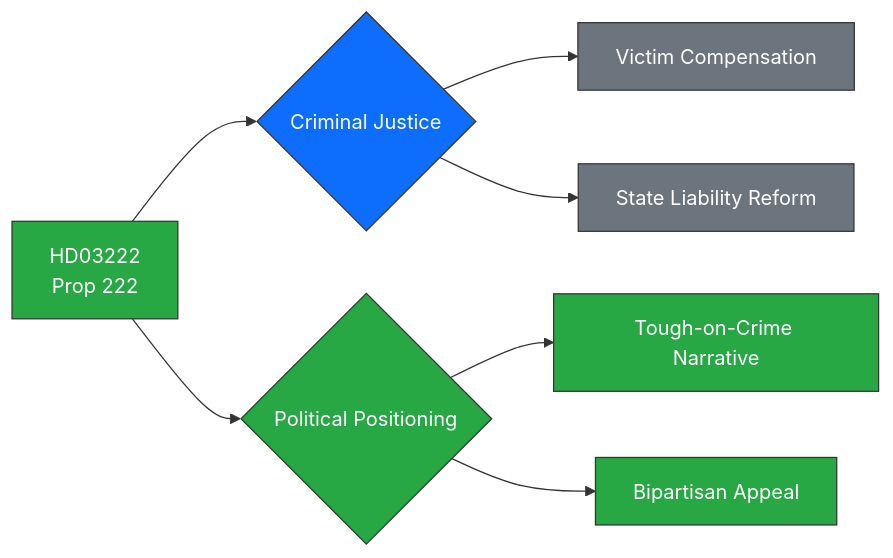
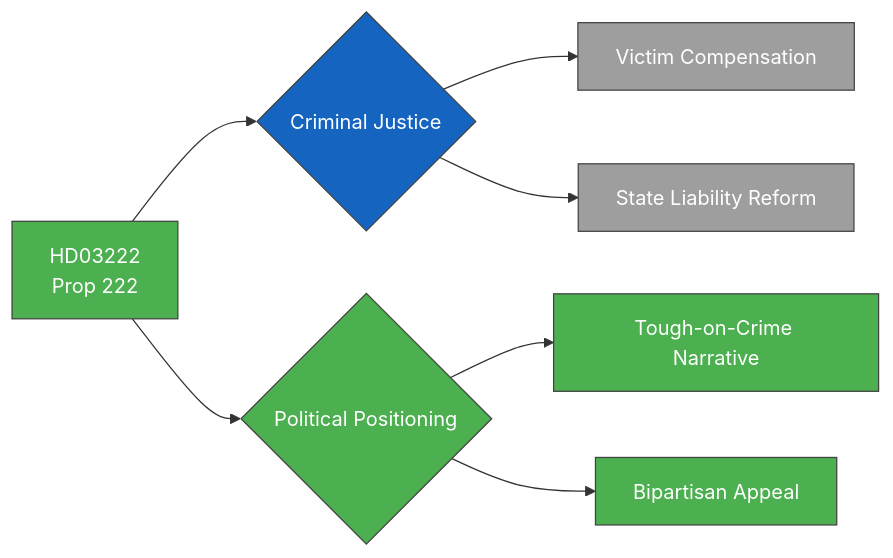
The diagram in analysis/daily/2026-03-31/documents/hd03222-analysis.md (Hack23/riksdagsmonitor), drawn with Mermaid before and after one commit. The commit also changed 785 other files, not shown here.

First line of the commit message:
Normalize mermaid colors across 786 analysis artifacts to ISMS Style Guide palette

````diff
--- a/analysis/daily/2026-03-31/documents/hd03222-analysis.md
+++ b/analysis/daily/2026-03-31/documents/hd03222-analysis.md
@@ -30,16 +30,16 @@
 ```mermaid
 graph LR
     A[HD03222<br/>Prop 222] --> B{Criminal Justice}
     B --> C[Victim Compensation]
     B --> D[State Liability Reform]
     A --> E{Political Positioning}
     E --> F[Tough-on-Crime Narrative]
     E --> G[Bipartisan Appeal]
-    style A fill:#28a745,stroke:#333,color:#fff
-    style B fill:#0d6efd,stroke:#333,color:#fff
-    style E fill:#28a745,stroke:#333,color:#fff
-    style C fill:#6c757d,stroke:#333,color:#fff
-    style D fill:#6c757d,stroke:#333,color:#fff
-    style F fill:#28a745,stroke:#333,color:#fff
-    style G fill:#28a745,stroke:#333,color:#fff
+    style A fill:#4CAF50,stroke:#424242,color:#FFFFFF
+    style B fill:#1565C0,stroke:#424242,color:#FFFFFF
+    style E fill:#4CAF50,stroke:#424242,color:#FFFFFF
+    style C fill:#9E9E9E,stroke:#424242,color:#FFFFFF
+    style D fill:#9E9E9E,stroke:#424242,color:#FFFFFF
+    style F fill:#4CAF50,stroke:#424242,color:#FFFFFF
+    style G fill:#4CAF50,stroke:#424242,color:#FFFFFF
 ```
````
